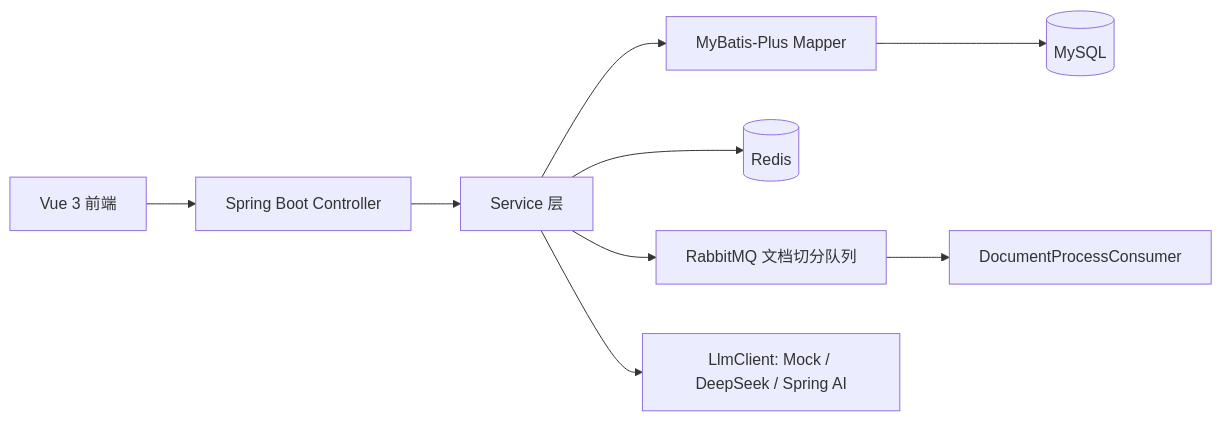
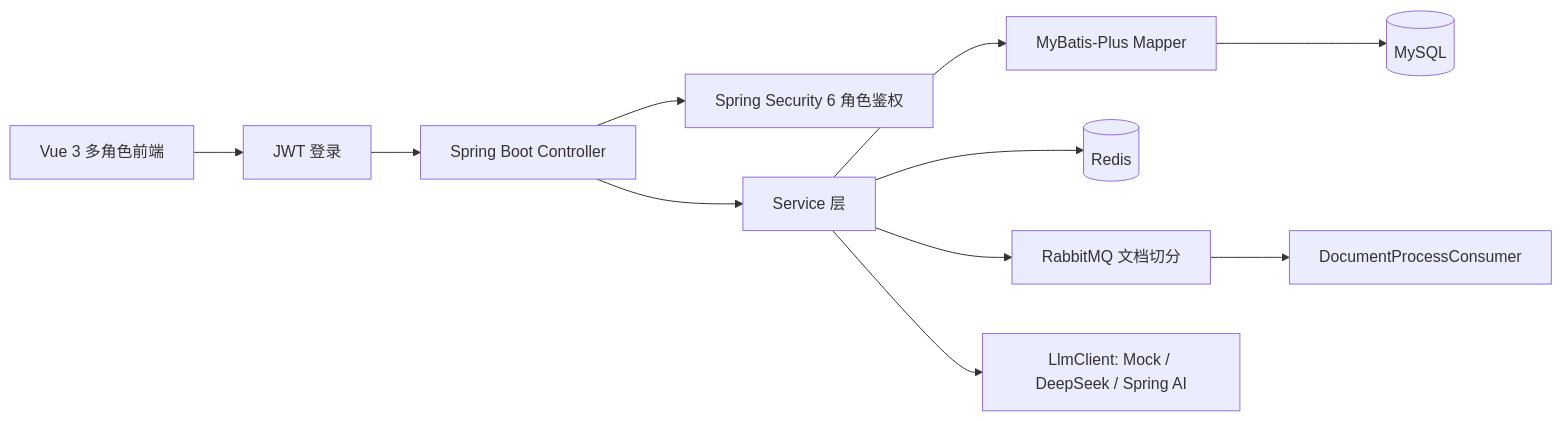
Before and after one commit to SodaWWater/campus-ai-assistant: the first of 2 diagrams in README.md, drawn with Mermaid. The commit also changed other lines of this file and 86 other files, not shown here.

````diff
--- a/README.md
+++ b/README.md
@@ -26,11 +27,13 @@
 ```mermaid
 flowchart LR
-  Vue["Vue 3 前端"] --> API["Spring Boot Controller"]
+  Vue["Vue 3 多角色前端"] --> Login["JWT 登录"]
+  Login --> API["Spring Boot Controller"]
+  API --> Security["Spring Security 6 角色鉴权"]
   API --> Service["Service 层"]
   Service --> MP["MyBatis-Plus Mapper"]
   MP --> MySQL[(MySQL)]
   Service --> Redis[(Redis)]
-  Service --> MQ["RabbitMQ 文档切分队列"]
+  Service --> MQ["RabbitMQ 文档切分"]
   MQ --> Consumer["DocumentProcessConsumer"]
   Service --> LLM["LlmClient: Mock / DeepSeek / Spring AI"]
 ```
````
